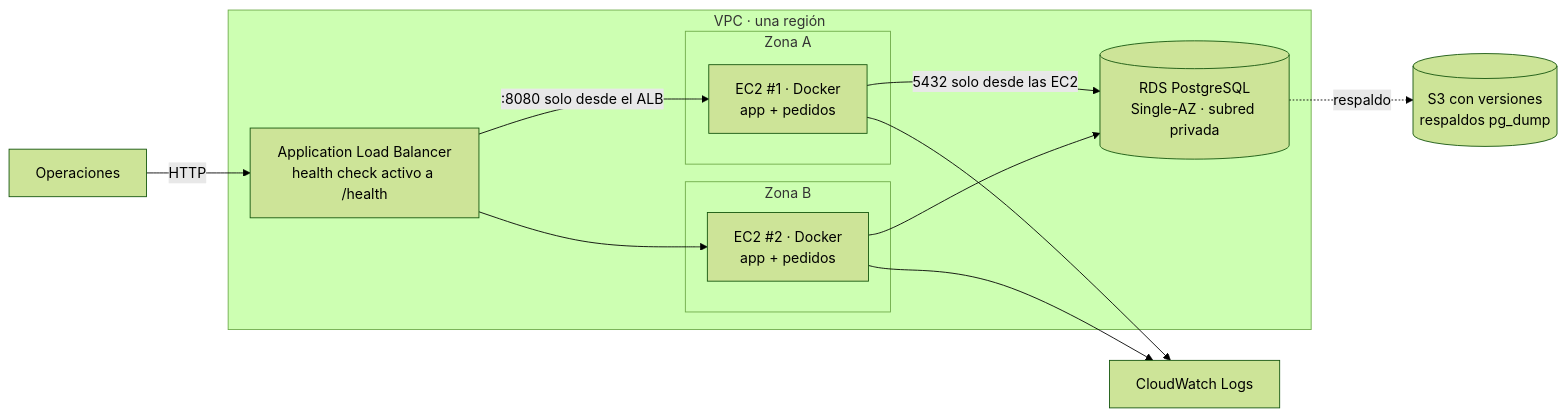
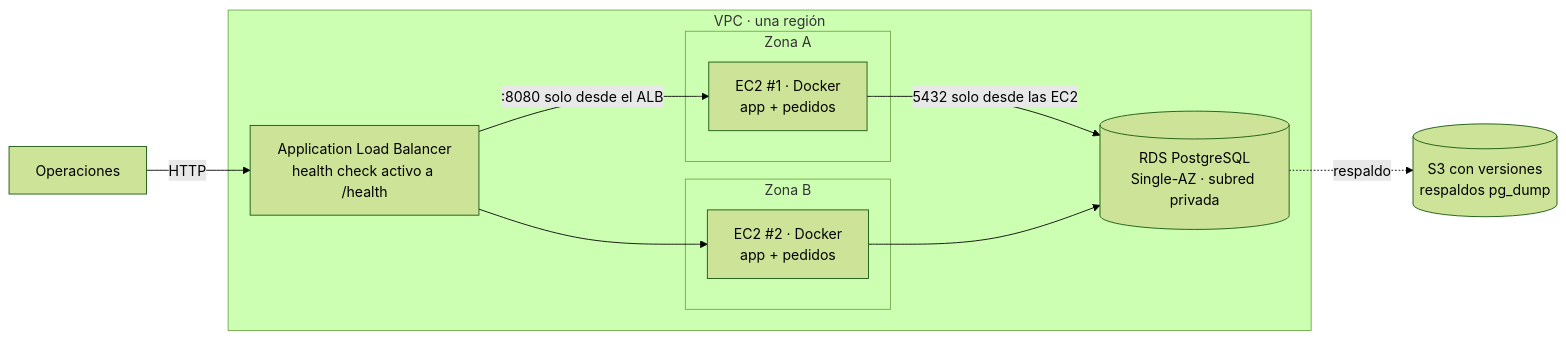
One commit to Cualquiera-INC/proyecto_hackaton_cualquiera_inc changed the second of 3 diagrams in docs/02-arquitectura.md. Above: the diagram before and after it, drawn with Mermaid (forest theme). The commit also changed other lines of this file and 5 other files, not shown here.

First line of the commit message:
docs: diagrama de arquitectura AWS final con íconos oficiales

````diff
--- a/docs/02-arquitectura.md
+++ b/docs/02-arquitectura.md
@@ -60,22 +68,20 @@
 ```mermaid
 flowchart LR
     U[Operaciones] -->|HTTP| ALB
     subgraph VPC[VPC · una región]
         ALB["Application Load Balancer<br/>health check activo a /health"]
         subgraph AZA[Zona A]
             E1["EC2 #1 · Docker<br/>app + pedidos"]
         end
         subgraph AZB[Zona B]
             E2["EC2 #2 · Docker<br/>app + pedidos"]
         end
         RDS[("RDS PostgreSQL<br/>Single-AZ · subred privada")]
     end
     ALB -->|":8080 solo desde el ALB"| E1
     ALB --> E2
     E1 -->|"5432 solo desde las EC2"| RDS
     E2 --> RDS
     S3[("S3 con versiones<br/>respaldos pg_dump")]
     RDS -.->|"respaldo"| S3
-    E1 --> CW[CloudWatch Logs]
-    E2 --> CW
 ```
````
